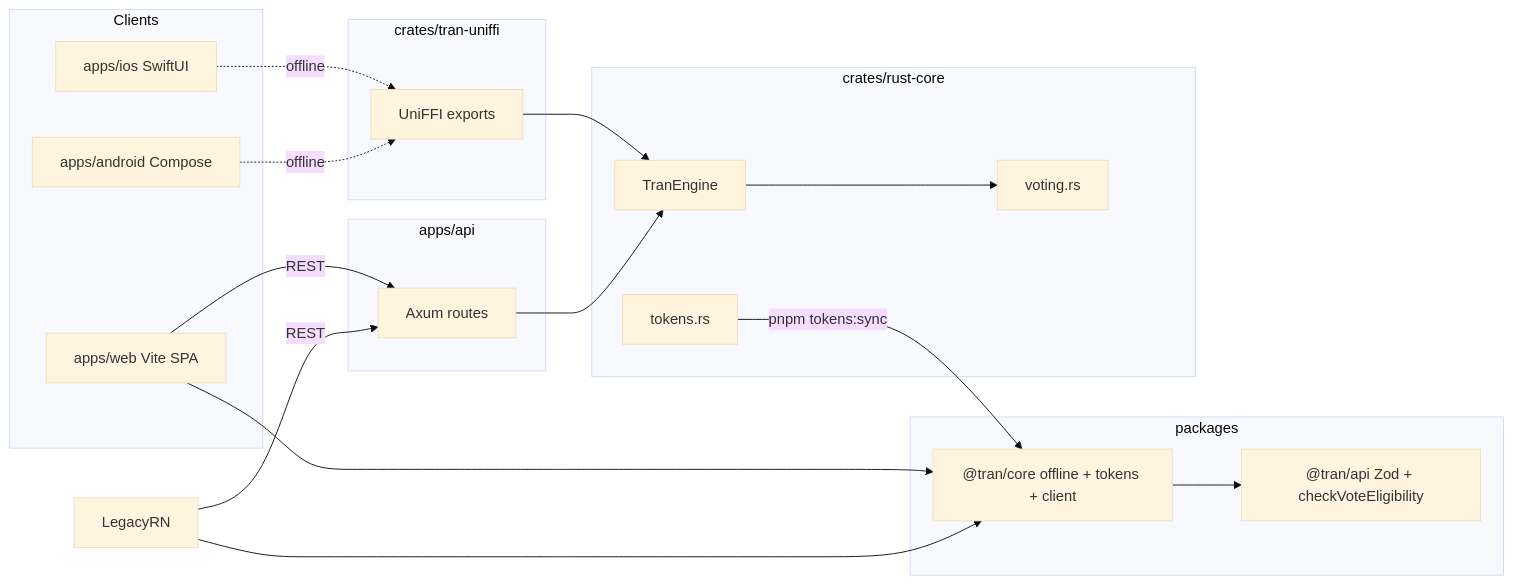
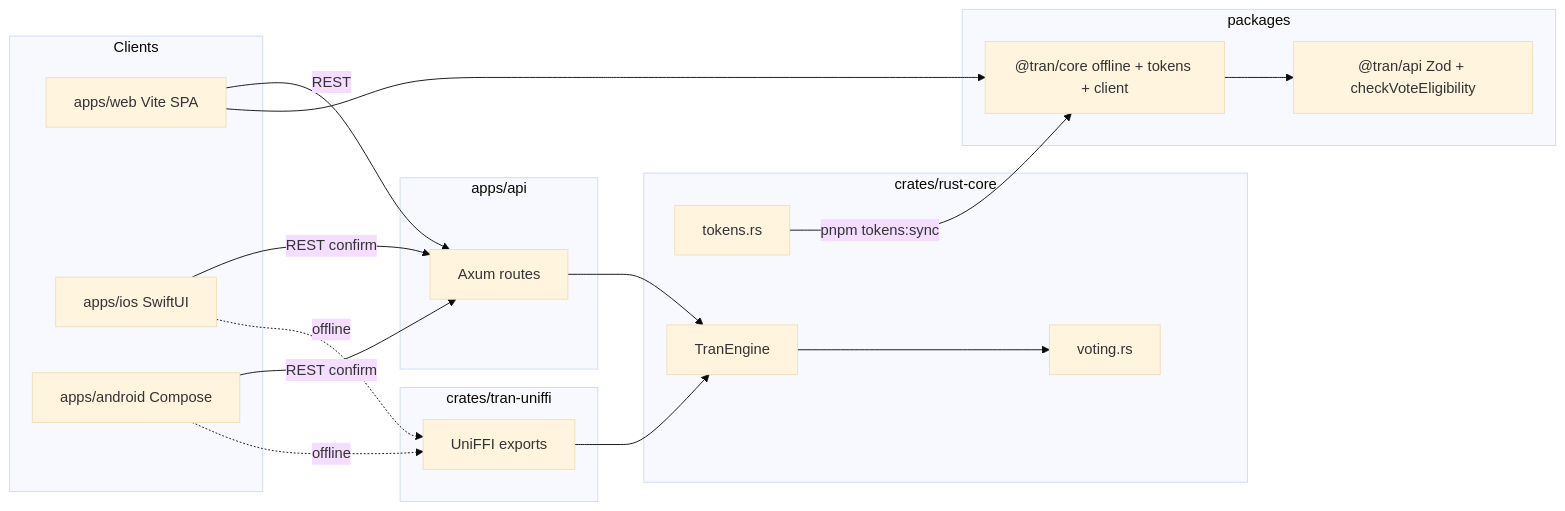
The diagram in docs/SAMPLE_APP.md (bishalg/create-TRAN), drawn with Mermaid (base theme) before and after one commit. The commit also changed other lines of this file and 24 other files, not shown here.

````diff
--- a/docs/SAMPLE_APP.md
+++ b/docs/SAMPLE_APP.md
@@ -7,35 +7,35 @@
 ```mermaid
 flowchart LR
   subgraph clients [Clients]
     Web[apps/web Vite SPA]
     IOS[apps/ios SwiftUI]
     Android[apps/android Compose]
   end
   subgraph shared [packages]
     CoreTS["@tran/core offline + tokens + client"]
     APIPkg["@tran/api Zod + checkVoteEligibility"]
   end
   subgraph ffi [crates/tran-uniffi]
     Uni[UniFFI exports]
   end
   subgraph backend [apps/api]
     Axum[Axum routes]
   end
   subgraph rust [crates/rust-core]
     Voting[voting.rs]
     Tokens[tokens.rs]
     Engine[TranEngine]
   end
 
   Web --> CoreTS
-  LegacyRN --> CoreTS
   CoreTS --> APIPkg
   Web -->|REST| Axum
   IOS -.->|offline| Uni
   Android -.->|offline| Uni
+  IOS -->|REST confirm| Axum
+  Android -->|REST confirm| Axum
   Uni --> Engine
-  LegacyRN -->|REST| Axum
   Axum --> Engine
   Engine --> Voting
   Tokens -->|pnpm tokens:sync| CoreTS
 ```
````
